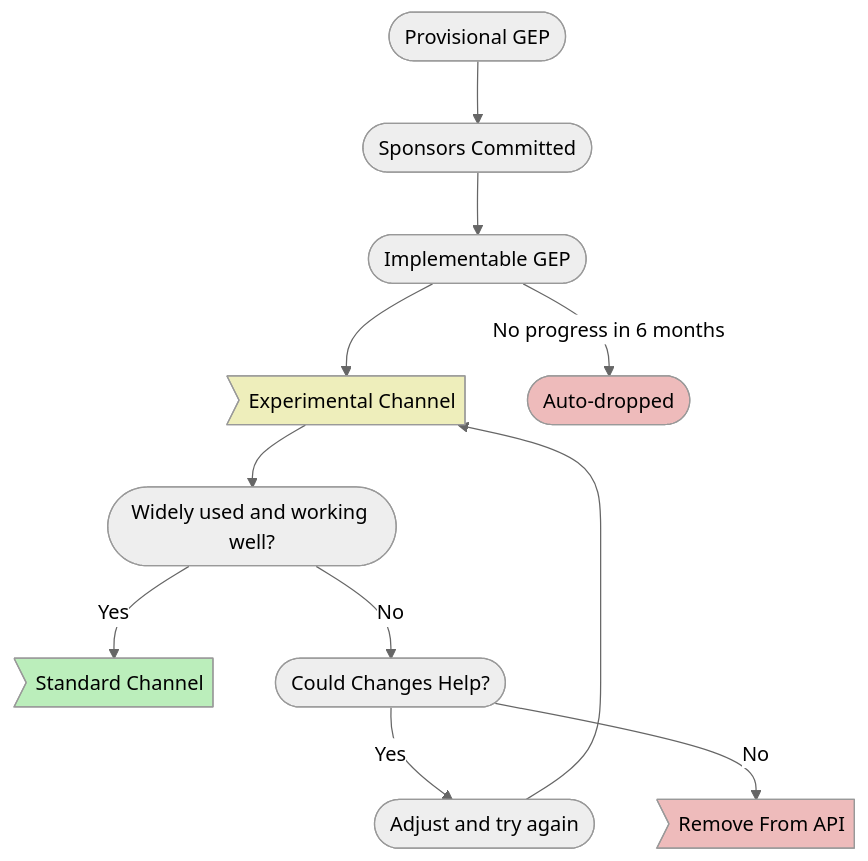
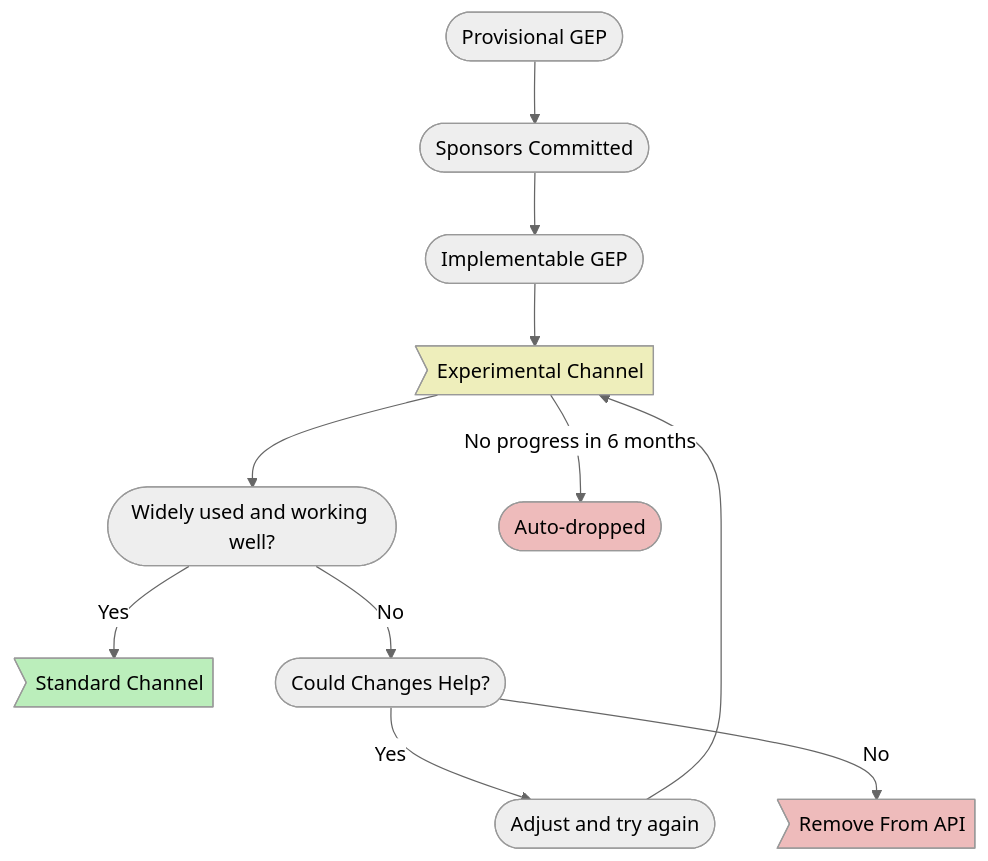
One commit to kubernetes-sigs/gateway-api changed the diagram in site-src/concepts/versioning.md. Above: the diagram before and after it, drawn with Mermaid (neutral theme). The commit also changed other lines of this file, not shown here.

Commit message:
Updated diagram.

````diff
--- a/site-src/concepts/versioning.md
+++ b/site-src/concepts/versioning.md
@@ -21,18 +21,18 @@
 ```mermaid
 flowchart TD
     0([Provisional GEP]) --> 1([Sponsors Committed])
     1 --> 2([Implementable GEP])
     2 --> A
     A>Experimental Channel] --> B([Widely used and working well?])
     B -->|Yes| C>Standard Channel]
     B -->|No| D([Could Changes Help?])
     D -->|Yes| E([Adjust and try again])
     D -->|No| F>Remove From API]
     E -->A
-    2 -->|No progress in 6 months| G([Auto-dropped])
+    A -- No progress in 6 months --> G(["Auto-dropped"])
     
 style A fill:#eeb
 style C fill:#beb
 style F fill:#ebb
 style G fill:#ebb
 ```
````
